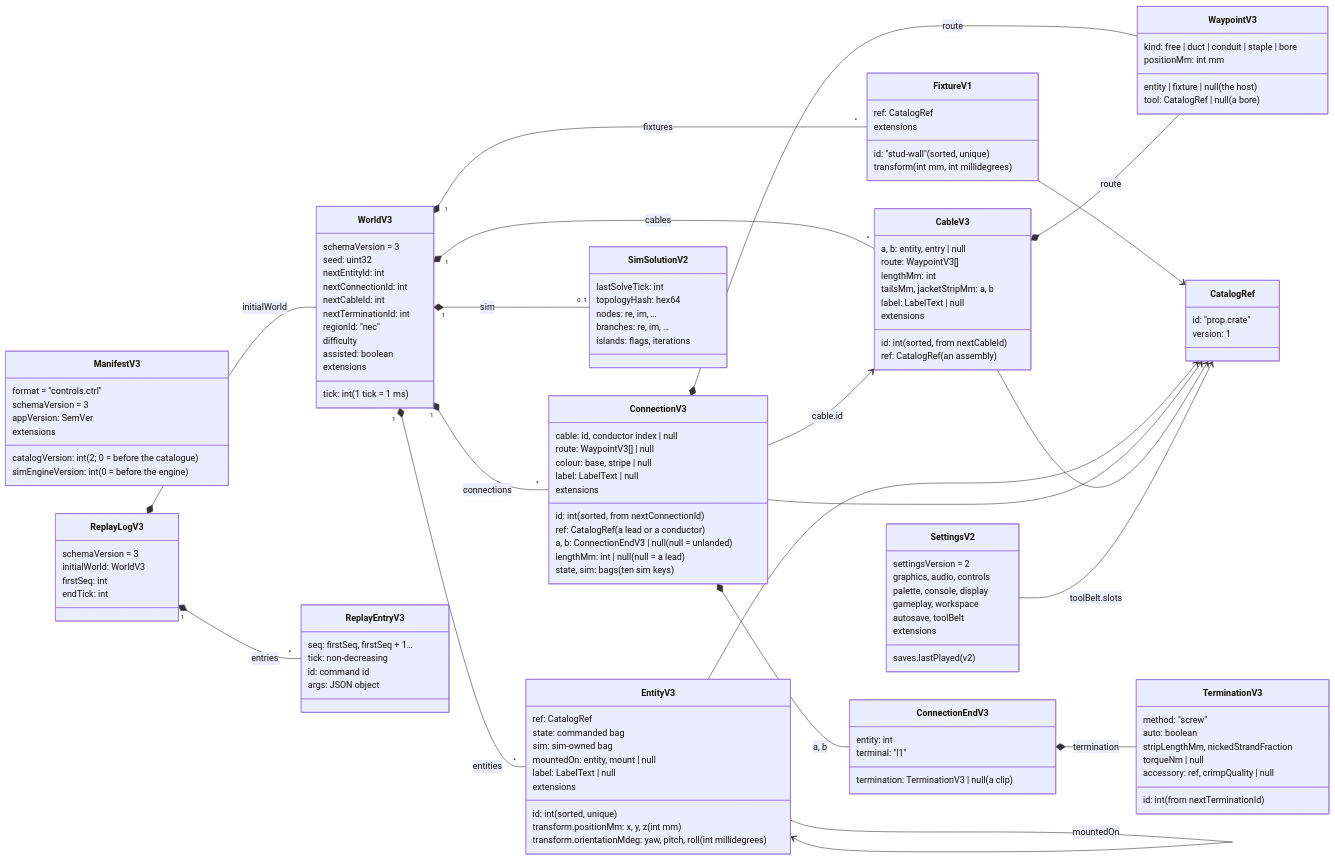
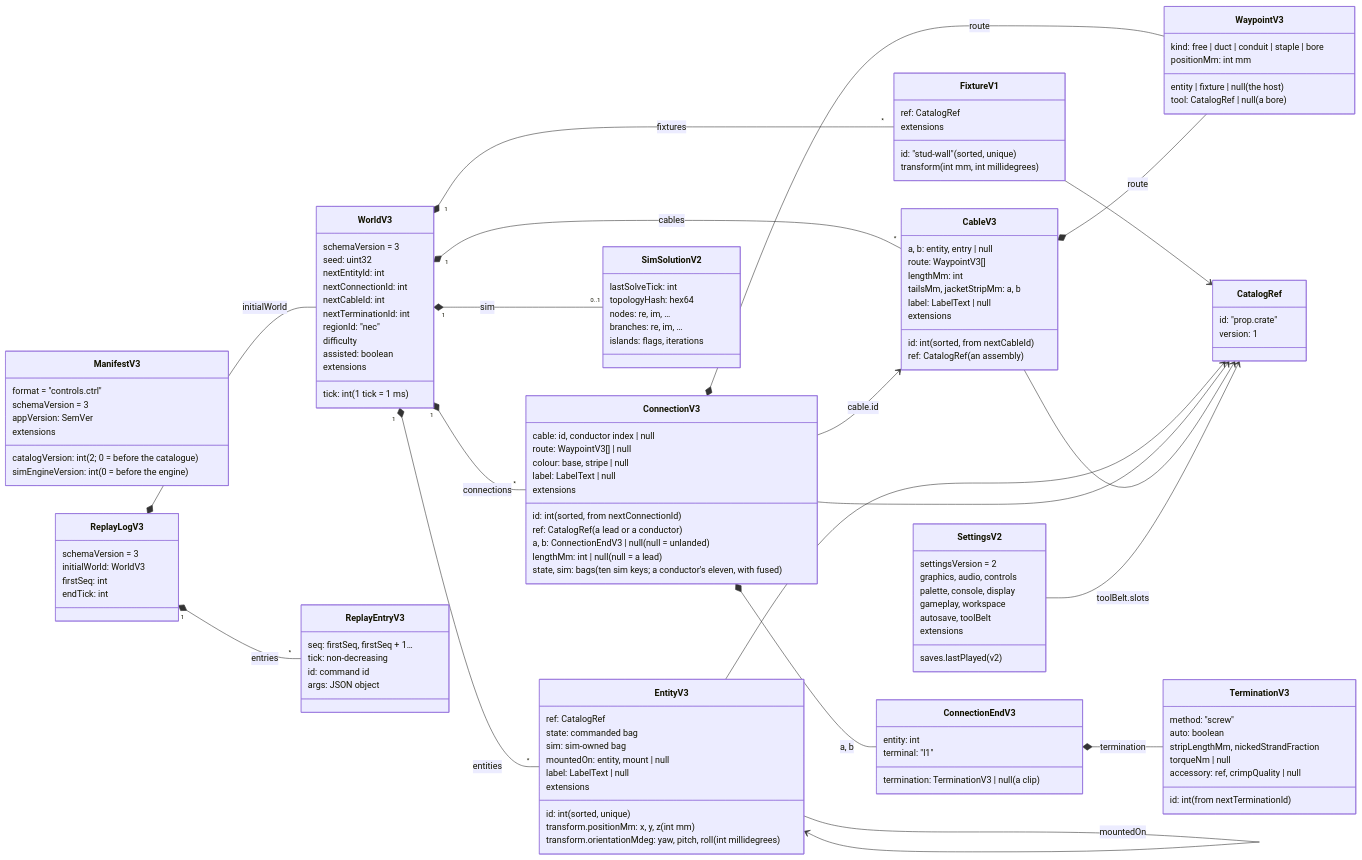
Before and after one commit to joebarbere/controls: the first of 13 diagrams in docs/architecture/world-and-saves.md, drawn with Mermaid. The commit also changed 39 other files, not shown here.

First line of the commit message:
fix(sim-core, world-model): a melted conductor stays open after re-landing (P3) (#117)

```diff
--- a/docs/architecture/world-and-saves.md
+++ b/docs/architecture/world-and-saves.md
@@ -56,7 +56,7 @@
         lengthMm: int | null (null = a lead)
         colour: base, stripe | null
         label: LabelText | null
-        state, sim: bags (ten sim keys)
+        state, sim: bags (ten sim keys; a conductor's eleven, with fused)
         extensions
     }
     class ConnectionEndV3 {
```
